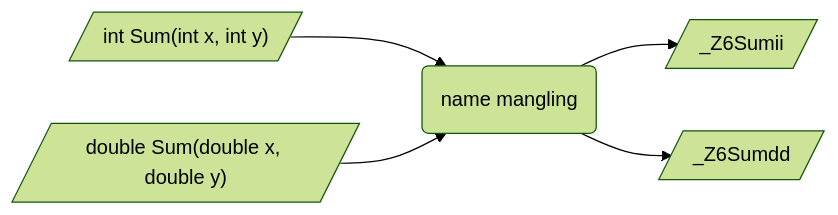
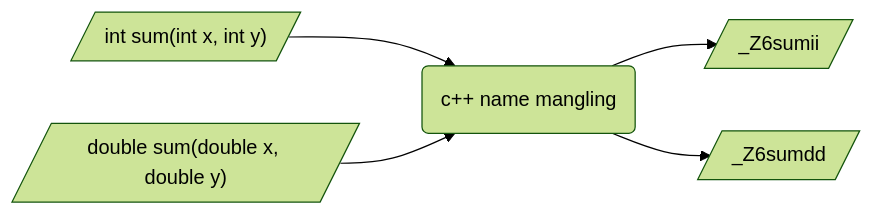
Before and after one commit to dmjcb/dmjcb.github.io: the diagram in _posts/c_c++/c++/2024-11-07-name mangling.md, drawn with Mermaid (forest theme). The commit also changed other lines of this file and 114 other files, not shown here.

````diff
--- a/_posts/c_c++/c++/2024-11-07-name mangling.md
+++ b/_posts/c_c++/c++/2024-11-07-name mangling.md
@@ -17,10 +17,11 @@
 ```mermaid
 graph LR;
-    A[/"int Sum(int x, int y)"/]
-    A1[/"_Z6Sumii"/]
-    B[/"double Sum(double x, double y)"/]
-    B1[/"_Z6Sumdd"/]
-    C(name mangling)
+    A[/"int sum(int x, int y)"/]
+    A1[/"_Z6sumii"/]
+    B[/"double sum(double x, double y)"/]
+    B1[/"_Z6sumdd"/]
+    C(c++ name mangling)
+
     A-->C-->A1
     B-->C-->B1
 ```
````
